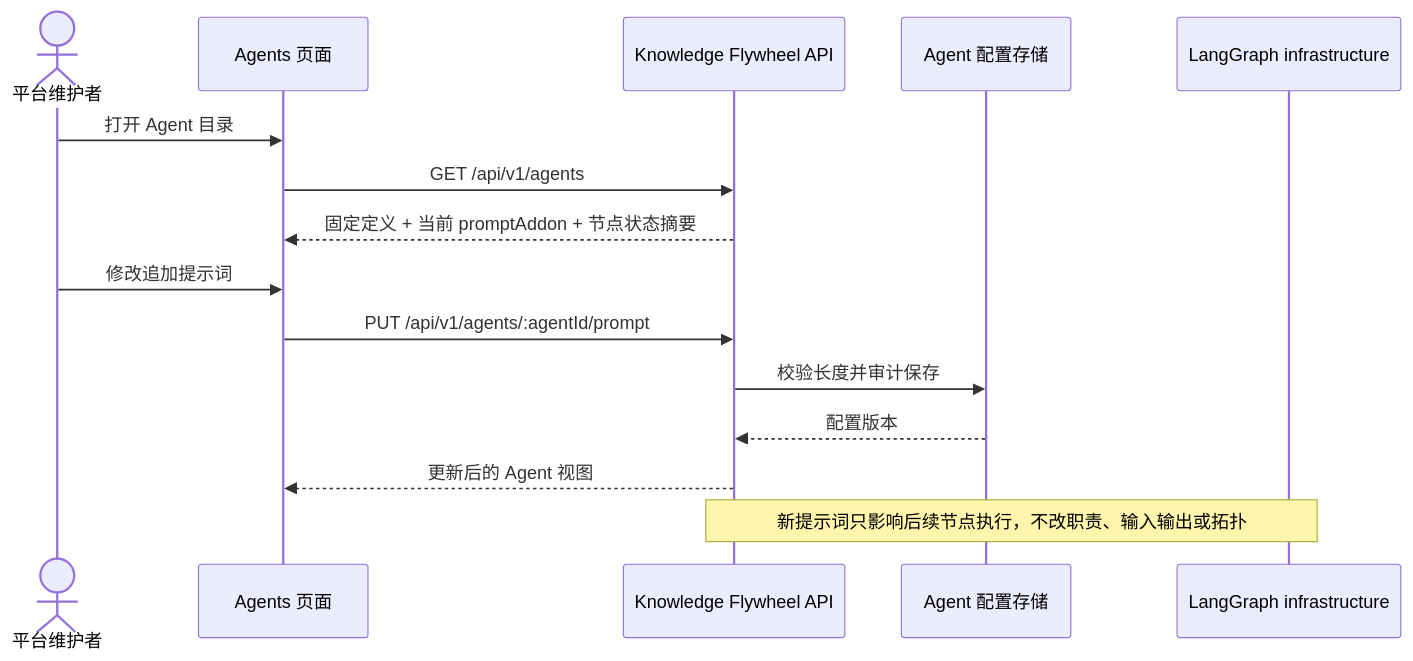
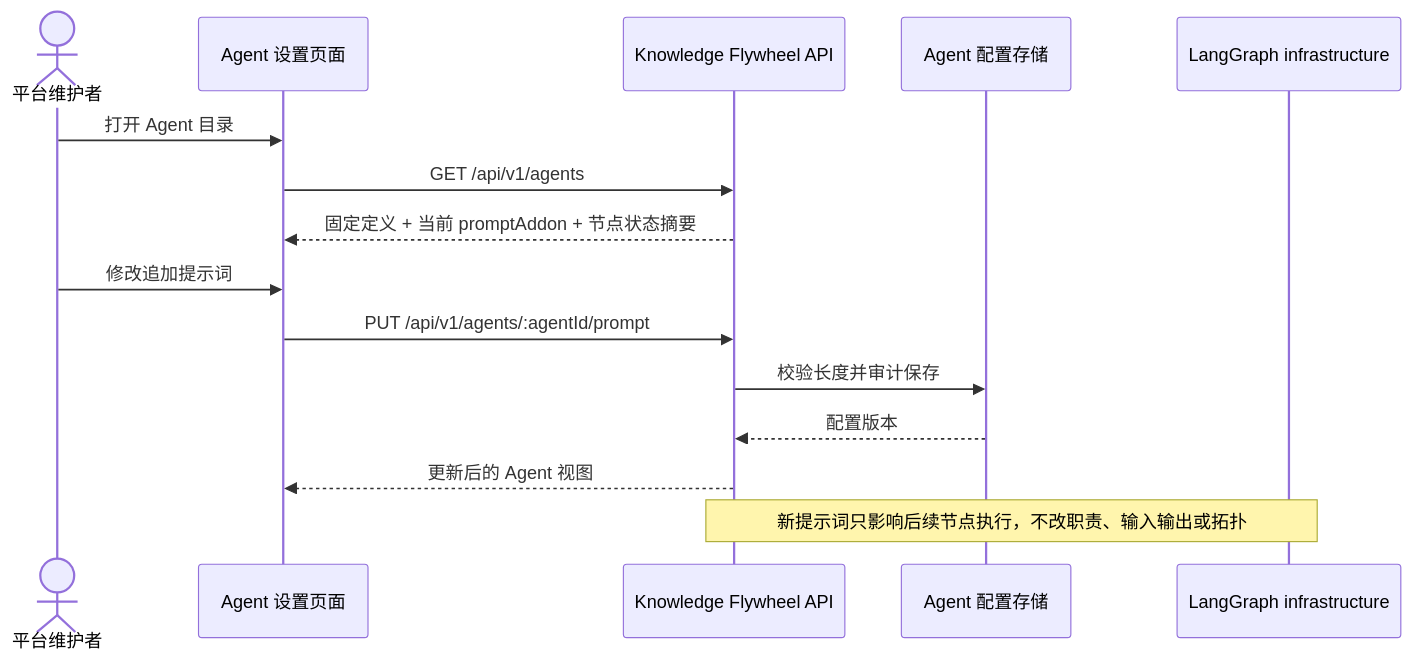
One commit to linlisWorkTeam/domain-knowledge changed the second of 2 diagrams in specs/04-product/frontend-product-design.md. Above: the diagram before and after it, drawn with Mermaid. The commit also changed other lines of this file and 10 other files, not shown here.

````diff
--- a/specs/04-product/frontend-product-design.md
+++ b/specs/04-product/frontend-product-design.md
@@ -366,18 +355,18 @@
 ```mermaid
 sequenceDiagram
     actor Operator as 平台维护者
-    participant UI as Agents 页面
+    participant UI as Agent 设置页面
     participant API as Knowledge Flywheel API
     participant Registry as Agent 配置存储
     participant WF as LangGraph infrastructure
 
     Operator->>UI: 打开 Agent 目录
     UI->>API: GET /api/v1/agents
     API-->>UI: 固定定义 + 当前 promptAddon + 节点状态摘要
     Operator->>UI: 修改追加提示词
     UI->>API: PUT /api/v1/agents/:agentId/prompt
     API->>Registry: 校验长度并审计保存
     Registry-->>API: 配置版本
     API-->>UI: 更新后的 Agent 视图
     Note over API,WF: 新提示词只影响后续节点执行，不改职责、输入输出或拓扑
 ```
````
